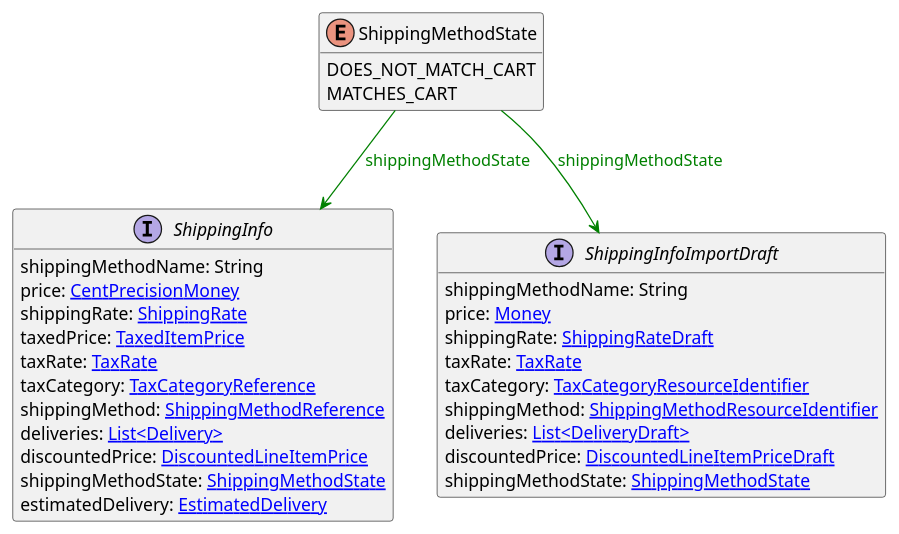
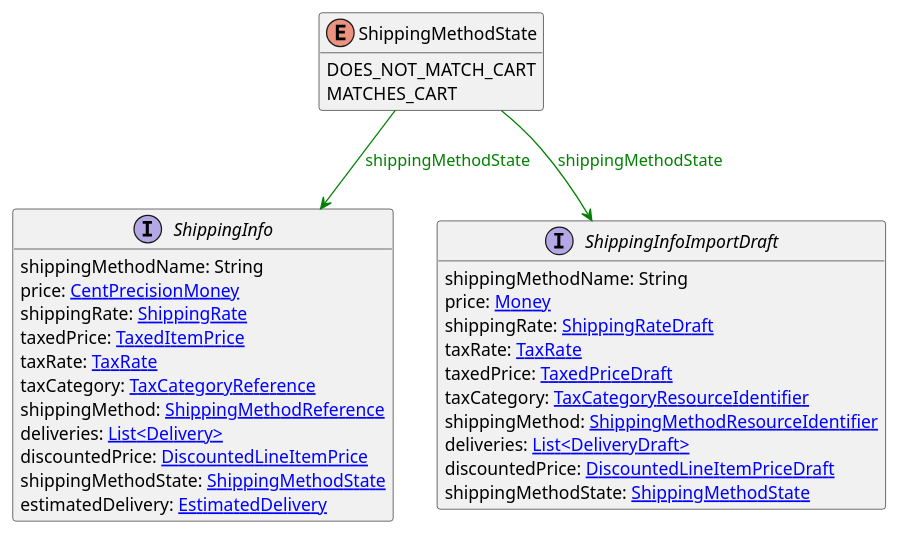
Before and after one commit to commercetools/commercetools-api-reference: the diagram in uml/api/ShippingMethodState.puml, drawn with PlantUML. The commit also changed 42 other files, not shown here.

```diff
--- a/uml/api/ShippingMethodState.puml
+++ b/uml/api/ShippingMethodState.puml
@@ -1,34 +1,35 @@
 @startuml
 
 hide methods
 enum ShippingMethodState {
     DOES_NOT_MATCH_CART
     MATCHES_CART
 }
 interface ShippingInfo [[ShippingInfo.svg]]  {
     shippingMethodName: String
     price: [[CentPrecisionMoney.svg CentPrecisionMoney]]
     shippingRate: [[ShippingRate.svg ShippingRate]]
     taxedPrice: [[TaxedItemPrice.svg TaxedItemPrice]]
     taxRate: [[TaxRate.svg TaxRate]]
     taxCategory: [[TaxCategoryReference.svg TaxCategoryReference]]
     shippingMethod: [[ShippingMethodReference.svg ShippingMethodReference]]
     deliveries: [[Delivery.svg List<Delivery>]]
     discountedPrice: [[DiscountedLineItemPrice.svg DiscountedLineItemPrice]]
     shippingMethodState: [[ShippingMethodState.svg ShippingMethodState]]
     estimatedDelivery: [[EstimatedDelivery.svg EstimatedDelivery]]
 }
 interface ShippingInfoImportDraft [[ShippingInfoImportDraft.svg]]  {
     shippingMethodName: String
     price: [[Money.svg Money]]
     shippingRate: [[ShippingRateDraft.svg ShippingRateDraft]]
     taxRate: [[TaxRate.svg TaxRate]]
+    taxedPrice: [[TaxedPriceDraft.svg TaxedPriceDraft]]
     taxCategory: [[TaxCategoryResourceIdentifier.svg TaxCategoryResourceIdentifier]]
     shippingMethod: [[ShippingMethodResourceIdentifier.svg ShippingMethodResourceIdentifier]]
     deliveries: [[DeliveryDraft.svg List<DeliveryDraft>]]
     discountedPrice: [[DiscountedLineItemPriceDraft.svg DiscountedLineItemPriceDraft]]
     shippingMethodState: [[ShippingMethodState.svg ShippingMethodState]]
 }
 ShippingMethodState --> ShippingInfo #green;text:green : "shippingMethodState"
 ShippingMethodState --> ShippingInfoImportDraft #green;text:green : "shippingMethodState"
 @enduml
```
